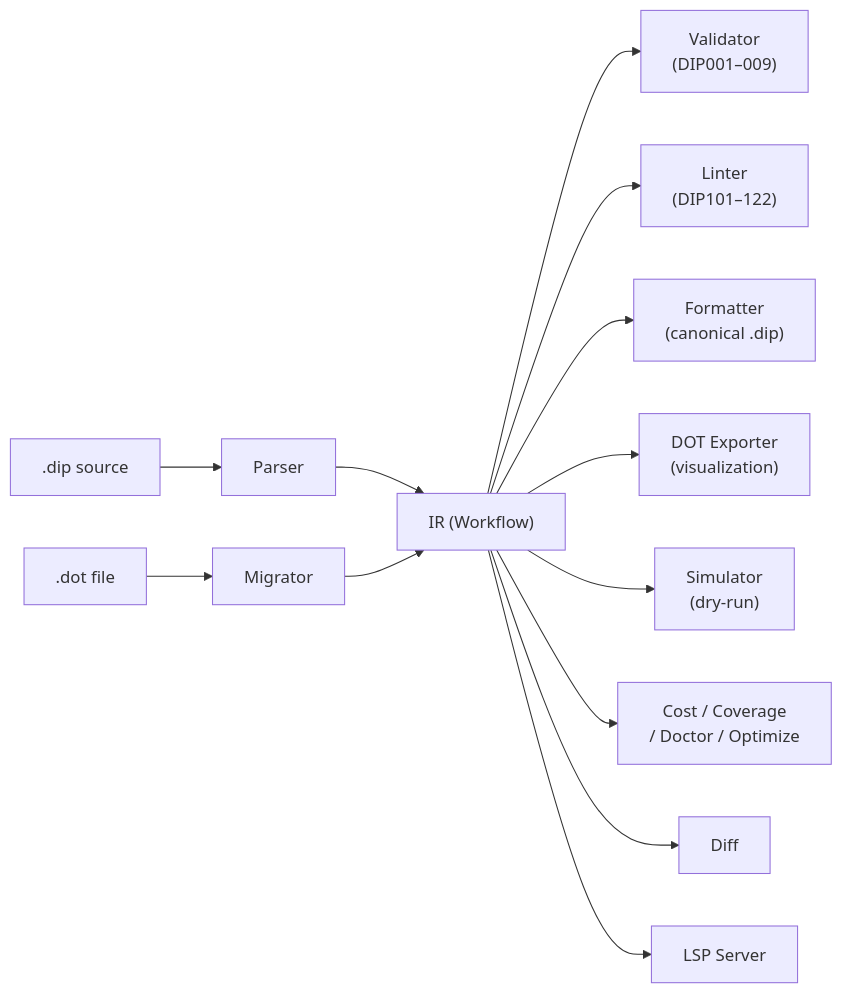
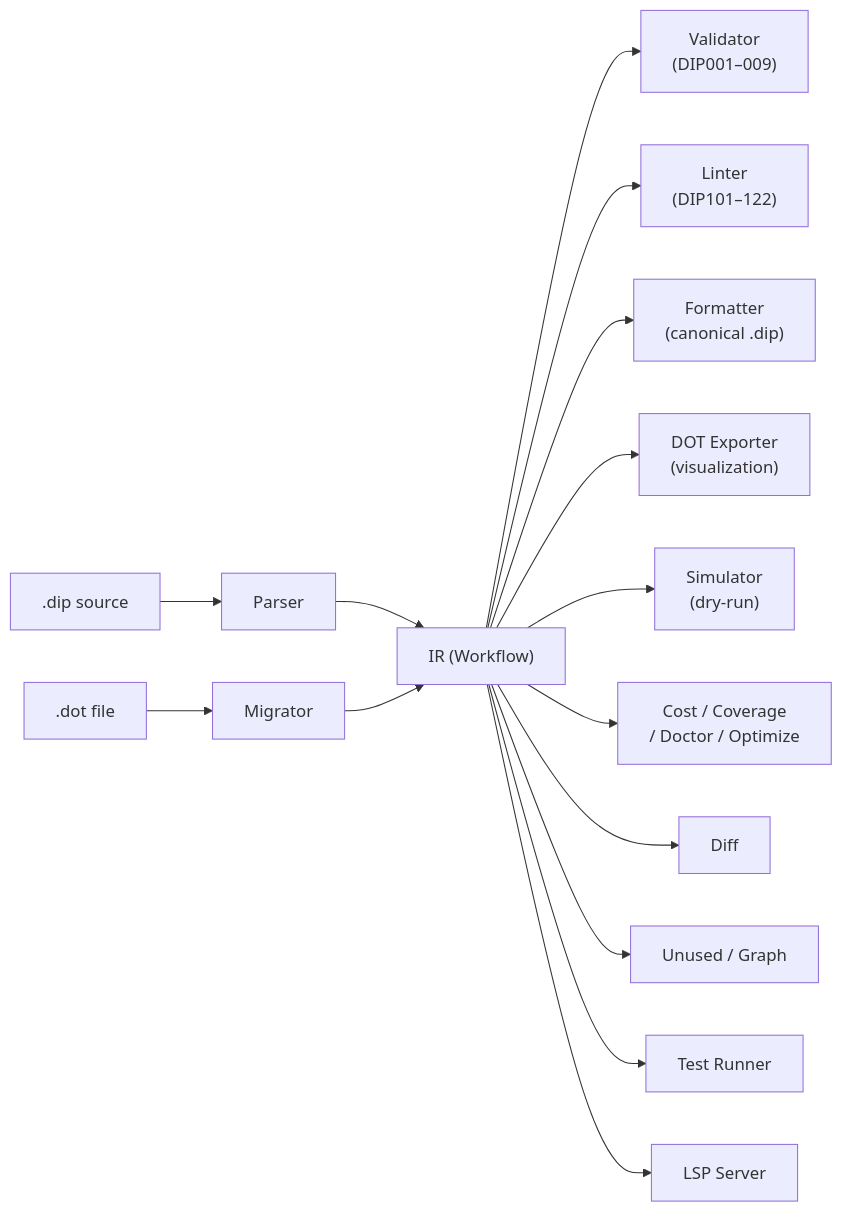
The second of 2 diagrams in README.md (michellepellon/dippin-lang), drawn with Mermaid before and after one commit. The commit also changed other lines of this file and 70 other files, not shown here.

````diff
--- a/README.md
+++ b/README.md
@@ -459,15 +459,17 @@
 ```mermaid
 graph LR
     DIP[".dip source"] --> Parser
     DOT_FILE[".dot file"] --> Migrator
     Parser --> IR["IR (Workflow)"]
     Migrator --> IR
     IR --> Validator["Validator<br>(DIP001–009)"]
     IR --> Linter["Linter<br>(DIP101–122)"]
     IR --> Formatter["Formatter<br>(canonical .dip)"]
     IR --> DOT["DOT Exporter<br>(visualization)"]
     IR --> Sim["Simulator<br>(dry-run)"]
     IR --> Cost["Cost / Coverage<br>/ Doctor / Optimize"]
     IR --> Diff["Diff"]
+    IR --> Unused["Unused / Graph"]
+    IR --> Test["Test Runner"]
     IR --> LSP["LSP Server"]
 ```
````
